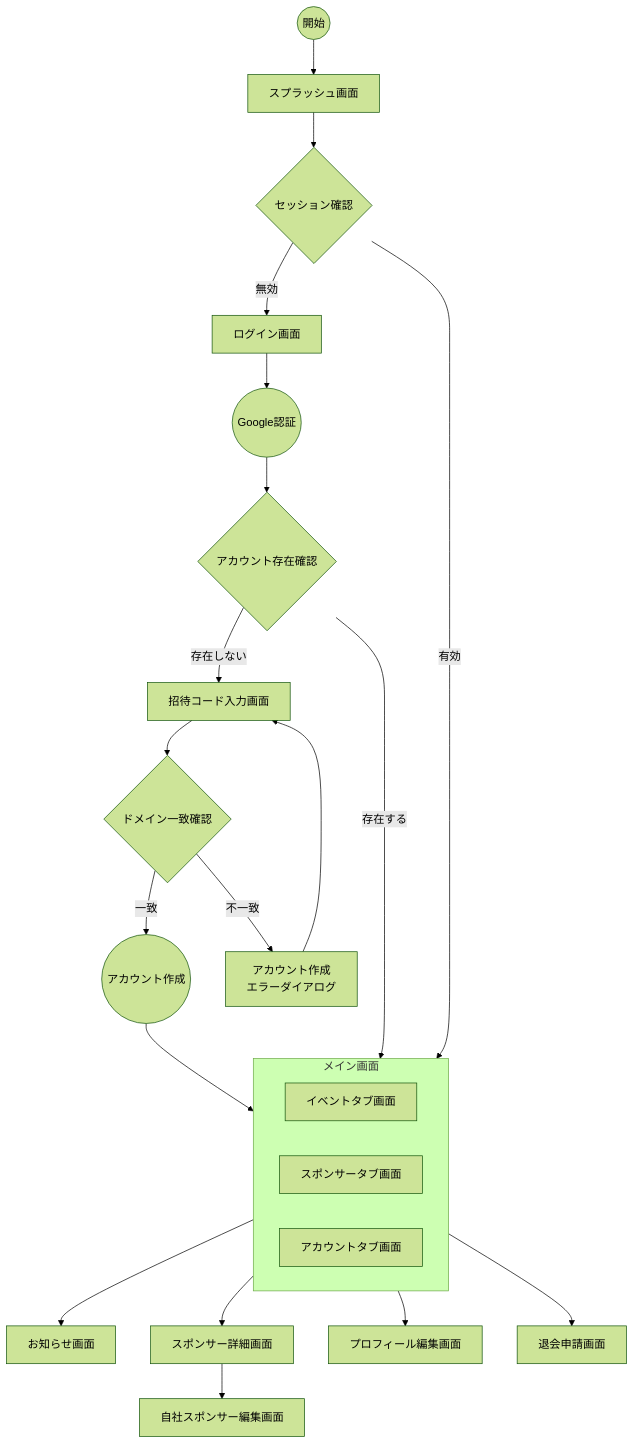
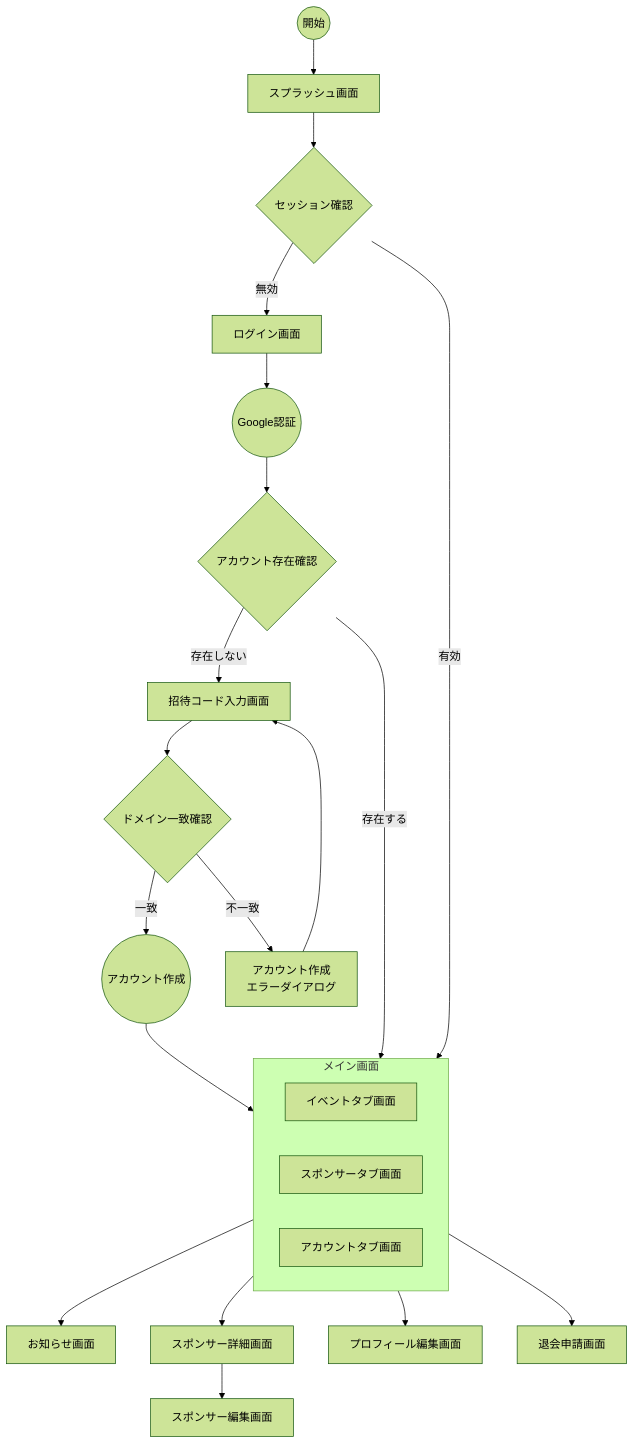
Before and after one commit to FlutterKaigi/2025: the diagram in docs/dashboard/SCREENS.md, drawn with Mermaid (forest theme). The commit also changed other lines of this file, not shown here.

Commit message:
docs: 自社スポンサー編集画面をスポンサー編集画面に名称変更

````diff
--- a/docs/dashboard/SCREENS.md
+++ b/docs/dashboard/SCREENS.md
@@ -50,37 +50,37 @@
 ```mermaid
 flowchart TD
     Start((開始)) --> Splash[スプラッシュ画面]
     Splash --> SessionCheck{セッション確認}
     SessionCheck --> |有効| EventTab[イベントタブ画面]
     SessionCheck --> |無効| Login[ログイン画面]
     
     %% 認証フロー
     Login --> GoogleAuth((Google認証))
     GoogleAuth --> AccountCheck{アカウント存在確認}
     AccountCheck --> |存在する| EventTab[イベントタブ画面]
     AccountCheck --> |存在しない| InvitationCode[招待コード入力画面]
     
     %% 新規登録フロー
     InvitationCode --> DomainCheck{ドメイン一致確認}
     DomainCheck --> |一致| CreateAccount((アカウント作成))
     DomainCheck --> |不一致| RegisterError[アカウント作成<br>エラーダイアログ]
     RegisterError --> InvitationCode
     CreateAccount --> EventTab
     
     %% メイン画面のタブ構成
     subgraph Main[メイン画面]
       direction LR
       EventTab[イベントタブ画面]
       SponsorTab[スポンサータブ画面]
       Account[アカウントタブ画面]
     end
 
     EventTab --> News[お知らせ画面]
     
     SponsorTab --> SponsorDetail[スポンサー詳細画面]
     
-    SponsorDetail --> OwnSponsorEdit[自社スポンサー編集画面]
+    SponsorDetail --> SponsorEdit[スポンサー編集画面]
     
     Account --> Profile[プロフィール編集画面]
     Account --> Withdrawal[退会申請画面]
 ```
````
